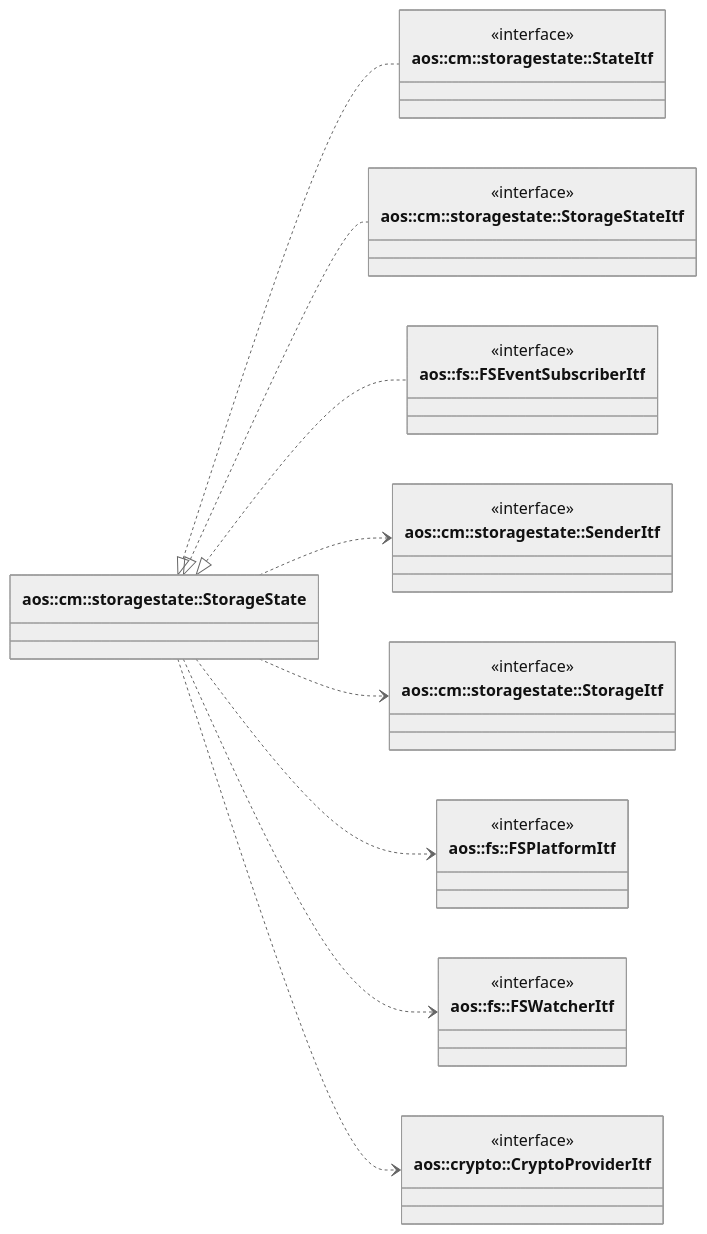
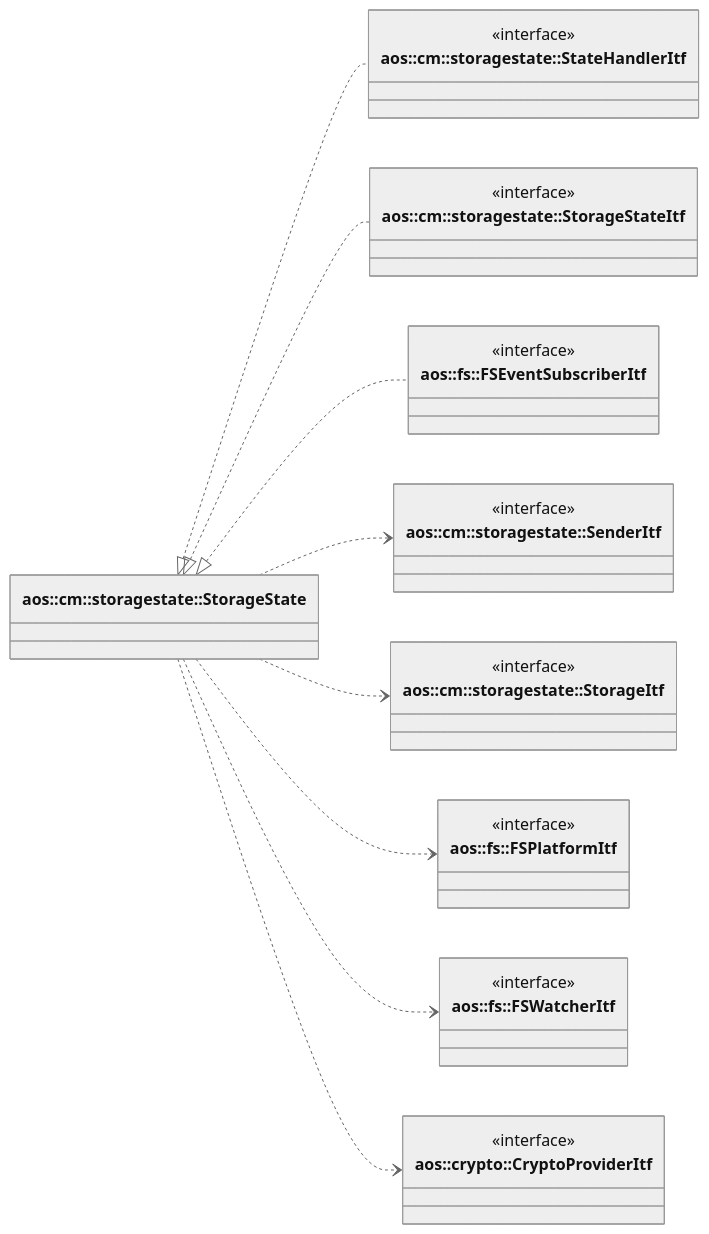
One commit to aosedge/aos_core_lib_cpp changed the first of 2 diagrams in src/core/cm/storagestate/storagestate.md. Above: the diagram before and after it, drawn with Mermaid (neutral theme). The commit also changed other lines of this file and 3 other files, not shown here.

Commit message:
cm: storagestate: rename StateItf to StateHandlerItf

````diff
--- a/src/core/cm/storagestate/storagestate.md
+++ b/src/core/cm/storagestate/storagestate.md
@@ -20,50 +20,49 @@
 ```mermaid
 classDiagram
     direction LR
 
     class StorageState ["aos::cm::storagestate::StorageState"] {
     }
 
     class SenderItf ["aos::cm::storagestate::SenderItf"] {
         <<interface>>
     }
 
     class StorageItf ["aos::cm::storagestate::StorageItf"] {
         <<interface>>
     }
 
-    class StateItf ["aos::cm::storagestate::StateItf"] {
+    class StateHandlerItf ["aos::cm::storagestate::StateHandlerItf"] {
         <<interface>>
     }
 
     class StorageStateItf ["aos::cm::storagestate::StorageStateItf"] {
         <<interface>>
     }
 
     class FSEventSubscriberItf["aos::fs::FSEventSubscriberItf"] {
         <<interface>>
     }
 
     class FSPlatformItf["aos::fs::FSPlatformItf"] {
         <<interface>>
     }
 
     class FSWatcherItf["aos::fs::FSWatcherItf"] {
         <<interface>>
     }
 
     class CryptoProviderItf["aos::crypto::CryptoProviderItf"] {
         <<interface>>
     }
 
-    StorageState <|.. StateItf
+    StorageState <|.. StateHandlerItf
     StorageState <|.. StorageStateItf
     StorageState <|.. FSEventSubscriberItf
-
 
     StorageState ..> SenderItf
     StorageState ..> StorageItf
     StorageState ..> FSPlatformItf
     StorageState ..> FSWatcherItf
     StorageState ..> CryptoProviderItf
 ```
````
